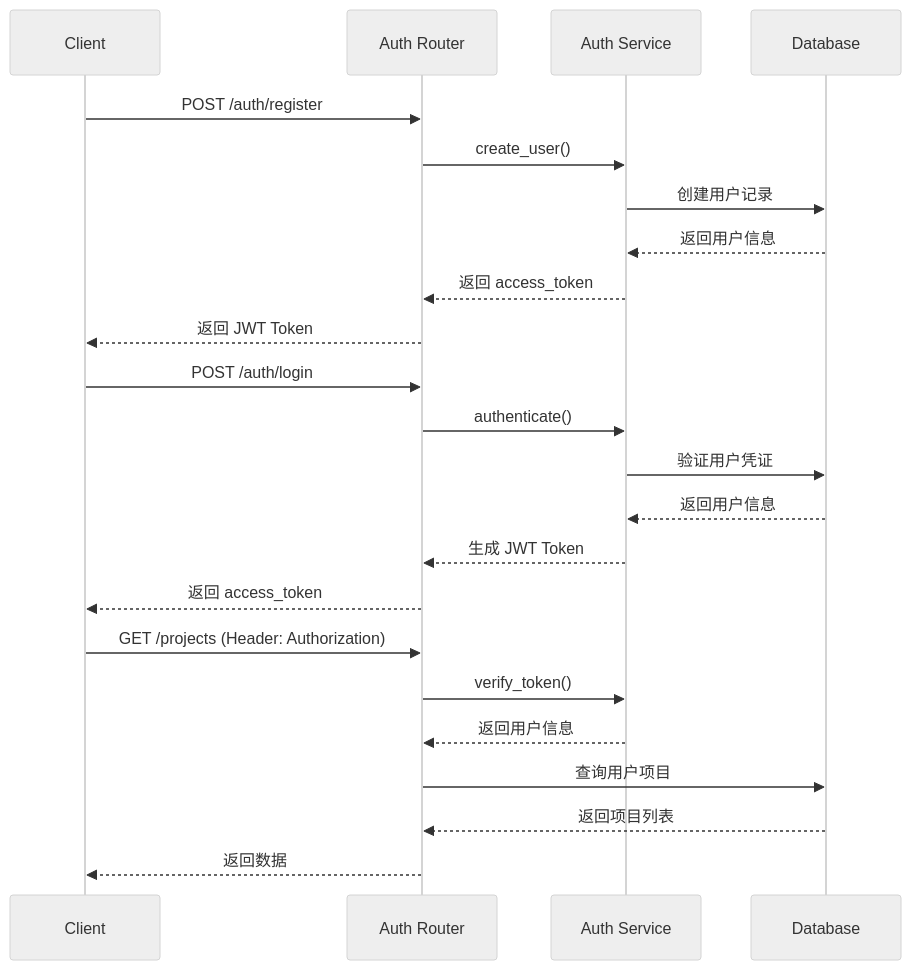
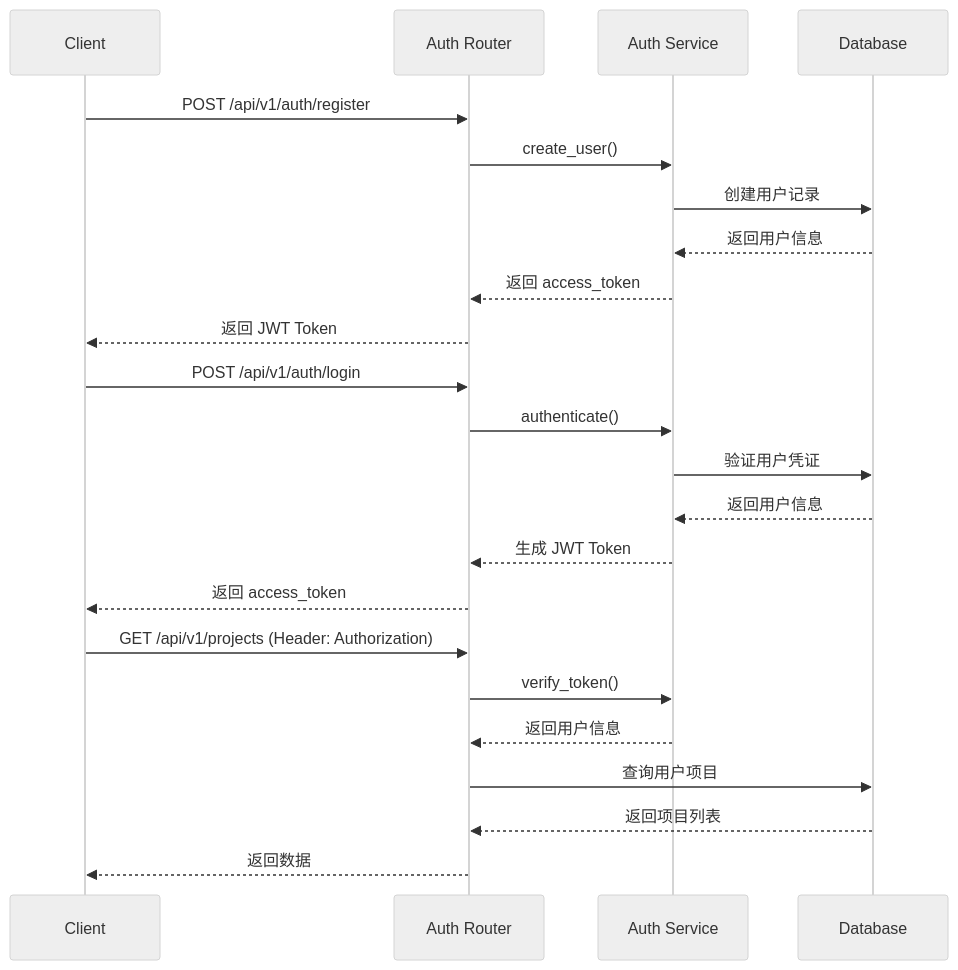
Before and after one commit to ln-one/Spectra: the diagram in docs/architecture/backend/authentication.md, drawn with Mermaid (neutral theme). The commit also changed other lines of this file and 14 other files, not shown here.

````diff
--- a/docs/architecture/backend/authentication.md
+++ b/docs/architecture/backend/authentication.md
@@ -10,28 +9,28 @@
 ```mermaid
 sequenceDiagram
     participant C as Client
     participant A as Auth Router
     participant S as Auth Service
     participant D as Database
 
-    C->>A: POST /auth/register
+    C->>A: POST /api/v1/auth/register
     A->>S: create_user()
     S->>D: 创建用户记录
     D-->>S: 返回用户信息
     S-->>A: 返回 access_token
     A-->>C: 返回 JWT Token
 
-    C->>A: POST /auth/login
+    C->>A: POST /api/v1/auth/login
     A->>S: authenticate()
     S->>D: 验证用户凭证
     D-->>S: 返回用户信息
     S-->>A: 生成 JWT Token
     A-->>C: 返回 access_token
 
-    C->>A: GET /projects (Header: Authorization)
+    C->>A: GET /api/v1/projects (Header: Authorization)
     A->>S: verify_token()
     S-->>A: 返回用户信息
     A->>D: 查询用户项目
     D-->>A: 返回项目列表
     A-->>C: 返回数据
 ```
````
